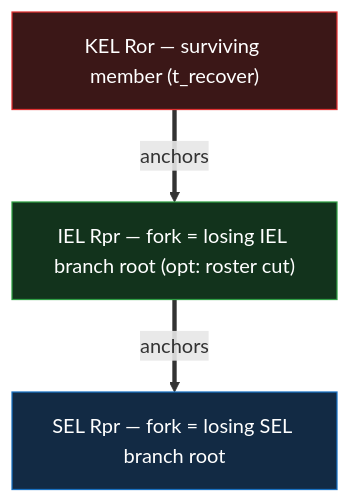
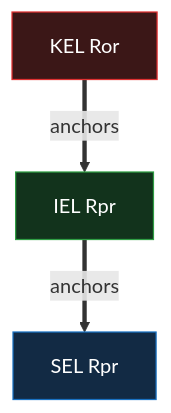
The first of 2 diagrams in docs/design/primitives/data/event-logs/iel/reconciliation.md (jasoncolburne/vdti), drawn with Mermaid before and after one commit. The commit also changed other lines of this file and 7 other files, not shown here.

Commit message:
VDTI-10: Diagram updates

````diff
--- a/docs/design/primitives/data/event-logs/iel/reconciliation.md
+++ b/docs/design/primitives/data/event-logs/iel/reconciliation.md
@@ -18,11 +18,11 @@
 ```mermaid
 flowchart TB
-  Ror["KEL Ror — surviving member (t_recover)"]:::kel
-  Rpr_i["IEL Rpr — fork = losing IEL branch root (opt: roster cut)"]:::iel
-  Rpr_s["SEL Rpr — fork = losing SEL branch root"]:::sel
+  Ror["KEL Ror"]:::kel
+  Rpr_i["IEL Rpr"]:::iel
+  Rpr_s["SEL Rpr"]:::sel
   Ror ==>|anchors| Rpr_i
   Rpr_i ==>|anchors| Rpr_s
   classDef kel fill:#3b1717,stroke:#e03131,color:#fff
   classDef iel fill:#12331c,stroke:#2f9e44,color:#fff
   classDef sel fill:#122a44,stroke:#1971c2,color:#fff
 ```
````
